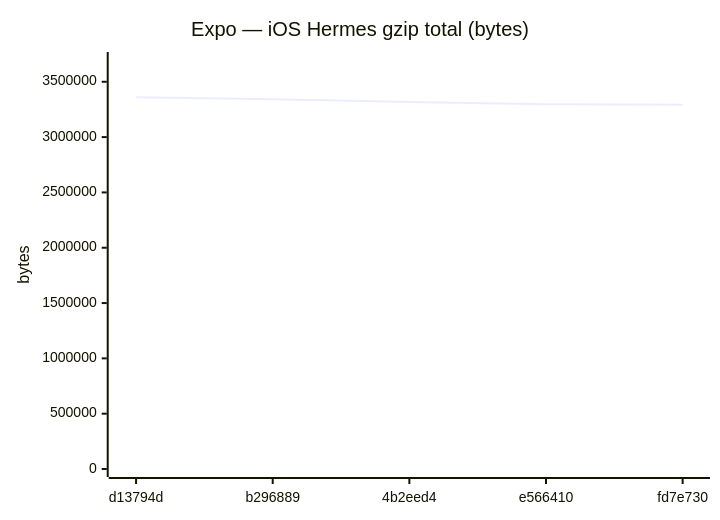
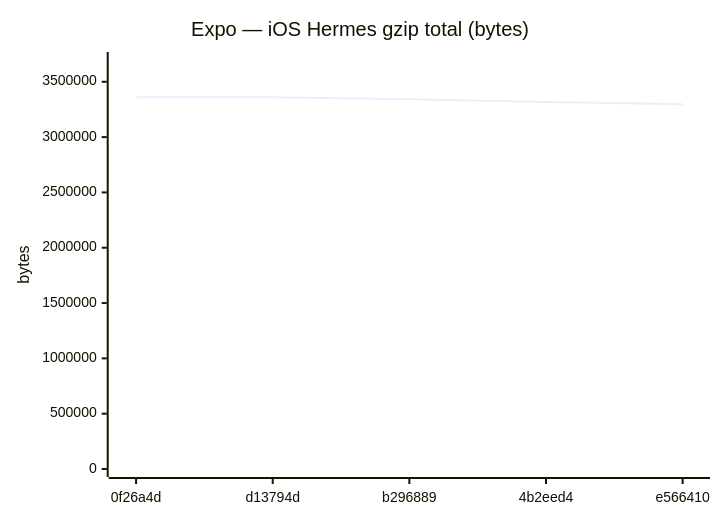
Before and after one commit to Metaheurist/Rianell: diagram 12 of 18 in benchmarks/compare.md, drawn with Mermaid. The commit also changed other lines of this file and 11 other files, not shown here.

````diff
--- a/benchmarks/compare.md
+++ b/benchmarks/compare.md
@@ -179,7 +179,7 @@
 ```mermaid
 xychart-beta
     title "Expo — iOS Hermes gzip total (bytes)"
-    x-axis ["d13794d", "b296889", "4b2eed4", "e566410", "fd7e730"]
+    x-axis ["0f26a4d", "d13794d", "b296889", "4b2eed4", "e566410"]
     y-axis "bytes" 0 --> 3696854
-    line [3360776, 3341646, 3316545, 3297734, 3293199]
+    line [3360774, 3360776, 3341646, 3316545, 3297734]
 ```
````
